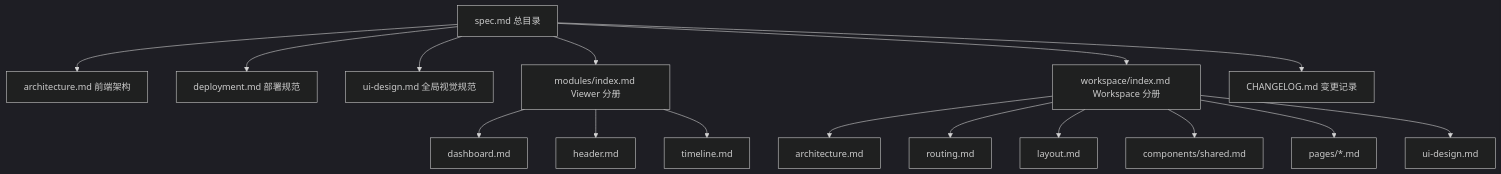
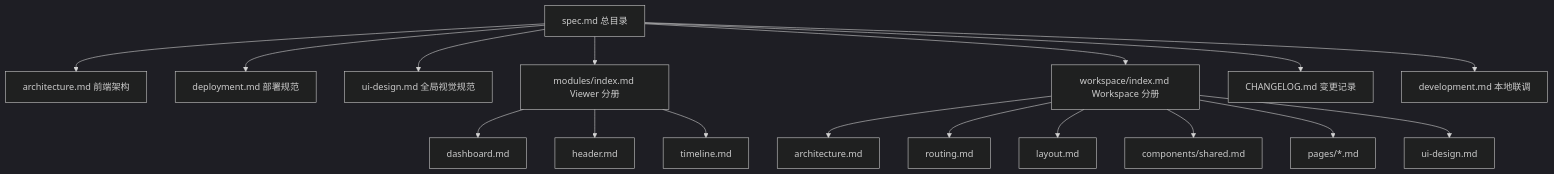
Before and after one commit to yachi666/support-roster-ui: the diagram in .specs/spec.md, drawn with Mermaid (dark theme). The commit also changed other lines of this file and 20 other files, not shown here.

Commit message:
Overhaul workspace UX flows

````diff
--- a/.specs/spec.md
+++ b/.specs/spec.md
@@ -29,28 +30,29 @@
 ```mermaid
 graph TB
     ROOT[spec.md 总目录]
     ARCH[architecture.md 前端架构]
     DEPLOY[deployment.md 部署规范]
     UIDESIGN[ui-design.md 全局视觉规范]
     MODULES[modules/index.md Viewer 分册]
     WORKSPACE[workspace/index.md Workspace 分册]
     CHANGELOG[CHANGELOG.md 变更记录]
 
     ROOT --> ARCH
+    ROOT --> DEV[development.md 本地联调]
     ROOT --> DEPLOY
     ROOT --> UIDESIGN
     ROOT --> MODULES
     ROOT --> WORKSPACE
     ROOT --> CHANGELOG
 
     MODULES --> M1[dashboard.md]
     MODULES --> M2[header.md]
     MODULES --> M3[timeline.md]
 
     WORKSPACE --> W1[architecture.md]
     WORKSPACE --> W2[routing.md]
     WORKSPACE --> W3[layout.md]
     WORKSPACE --> W4[components/shared.md]
     WORKSPACE --> W5[pages/*.md]
     WORKSPACE --> W6[ui-design.md]
 ```
````
